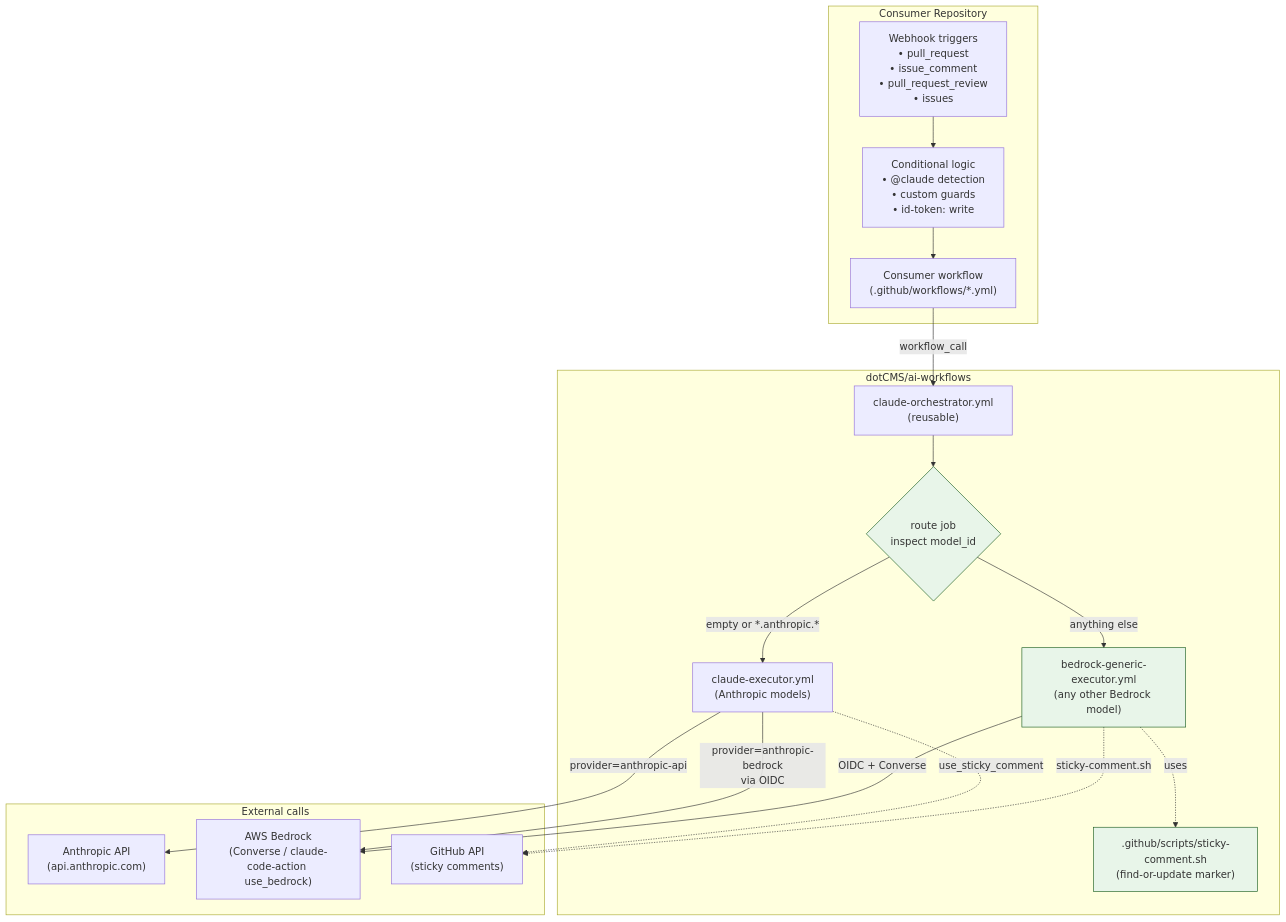
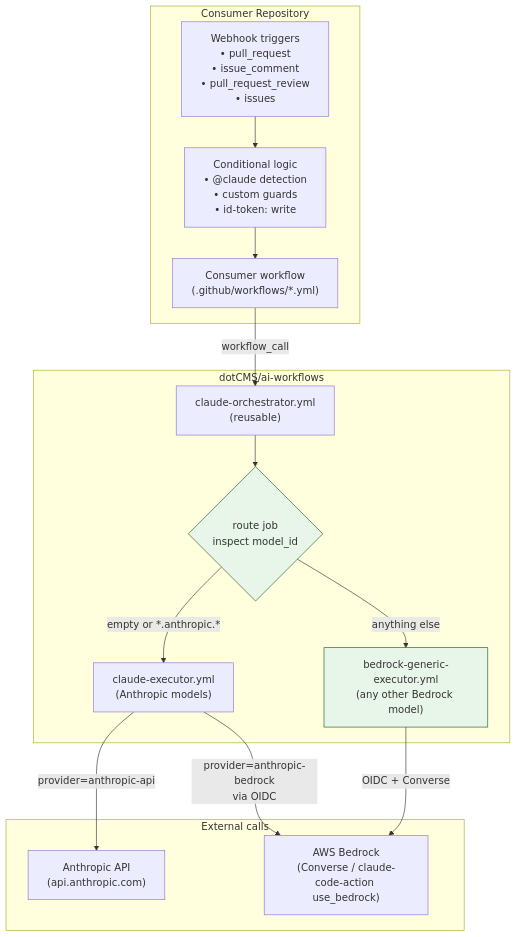
One commit to dotCMS/ai-workflows changed the second of 2 diagrams in ARCHITECTURE.md. Above: the diagram before and after it, drawn with Mermaid.

Commit message:
docs: remove sticky-comment objects from repo-internal diagram
Drops the sticky-comment.sh node, the GitHub API node, and the two
auxiliary edges into them. The diagram now focuses on the routing
decision and external compute targets; sticky-comment behavior is
documented in prose under Workflow Types.

````diff
--- a/ARCHITECTURE.md
+++ b/ARCHITECTURE.md
@@ -70,38 +70,33 @@
 ```mermaid
 flowchart TD
     subgraph consumer["Consumer Repository"]
         consumer_wf["Consumer workflow<br/>(.github/workflows/*.yml)"]
         triggers["Webhook triggers<br/>• pull_request<br/>• issue_comment<br/>• pull_request_review<br/>• issues"]
         cond["Conditional logic<br/>• @claude detection<br/>• custom guards<br/>• id-token: write"]
         triggers --> cond --> consumer_wf
     end
 
     subgraph this_repo["dotCMS/ai-workflows"]
         orch["claude-orchestrator.yml<br/>(reusable)"]
         route{"route job<br/>inspect model_id"}
         claude_exec["claude-executor.yml<br/>(Anthropic models)"]
         generic_exec["bedrock-generic-executor.yml<br/>(any other Bedrock model)"]
-        sticky[".github/scripts/sticky-comment.sh<br/>(find-or-update marker)"]
 
         orch --> route
         route -->|"empty or *.anthropic.*"| claude_exec
         route -->|"anything else"| generic_exec
-        generic_exec -.uses.-> sticky
     end
 
     subgraph upstreams["External calls"]
         anth_api["Anthropic API<br/>(api.anthropic.com)"]
         bedrock["AWS Bedrock<br/>(Converse / claude-code-action use_bedrock)"]
-        gh_api["GitHub API<br/>(sticky comments)"]
     end
 
     consumer_wf -->|"workflow_call"| orch
     claude_exec -->|"provider=anthropic-api"| anth_api
     claude_exec -->|"provider=anthropic-bedrock<br/>via OIDC"| bedrock
     generic_exec -->|"OIDC + Converse"| bedrock
-    claude_exec -.->|"use_sticky_comment"| gh_api
-    generic_exec -.->|"sticky-comment.sh"| gh_api
 
     classDef new fill:#e8f5e9,stroke:#1b5e20,stroke-width:1px
-    class generic_exec,sticky,route new
+    class generic_exec,route new
 ```
````
